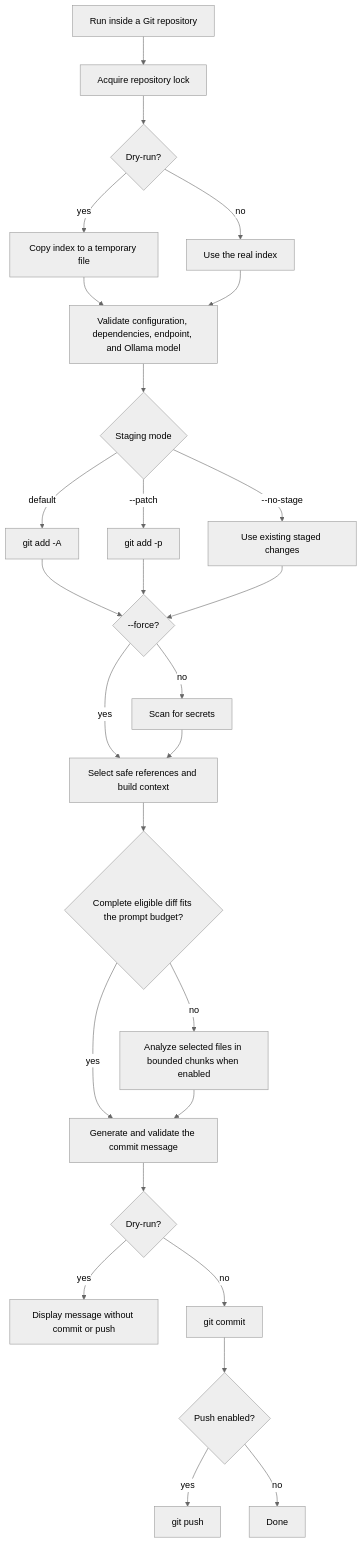
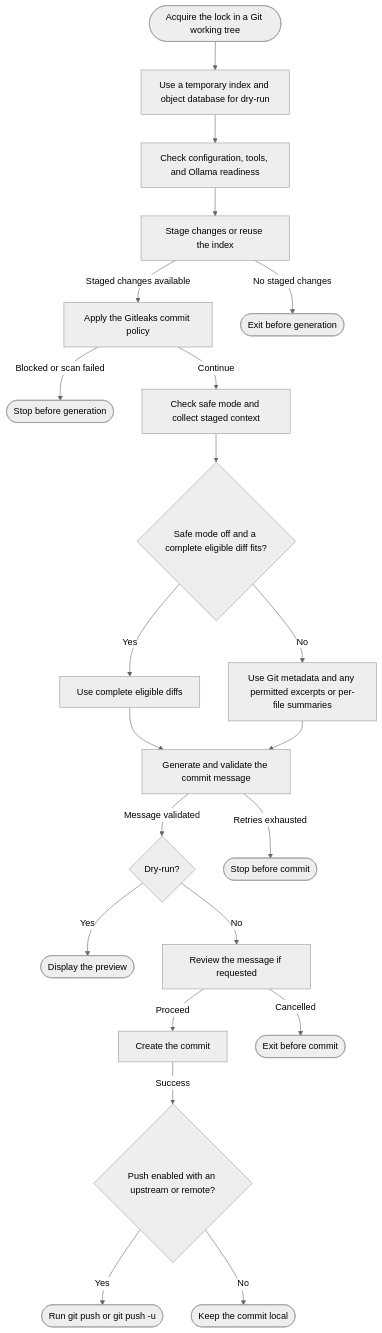
Before and after one commit to aibersemi/git-auto-commit-ollama: the diagram in README.md, drawn with Mermaid (neutral theme). The commit also changed other lines of this file and 20 other files, not shown here.

First line of the commit message:
feat: Implement dry-run mode and enhance commit generation logic

````diff
--- a/README.md
+++ b/README.md
@@ -70,29 +32,24 @@
 ```mermaid
 flowchart TD
-  A[Run inside a Git repository] --> B[Acquire repository lock]
-  B --> C{Dry-run?}
-  C -->|yes| D[Copy index to a temporary file]
-  C -->|no| E[Use the real index]
-  D --> F[Validate configuration, dependencies, endpoint, and Ollama model]
-  E --> F
-  F --> G{Staging mode}
-  G -->|default| H[git add -A]
-  G -->|--patch| I[git add -p]
-  G -->|--no-stage| J[Use existing staged changes]
-  H --> K{--force?}
-  I --> K
-  J --> K
-  K -->|yes| L[Select safe references and build context]
-  K -->|no| M[Scan for secrets]
-  M --> L
-  L --> U{Complete eligible diff fits the prompt budget?}
-  U -->|yes| N[Generate and validate the commit message]
-  U -->|no| V[Analyze selected files in bounded chunks when enabled]
-  V --> N
-  N --> O{Dry-run?}
-  O -->|yes| P[Display message without commit or push]
-  O -->|no| Q[git commit]
-  Q --> R{Push enabled?}
-  R -->|yes| S[git push]
-  R -->|no| T[Done]
+  start(["Acquire the lock in a Git working tree"]) --> prepare["Use a temporary index and object database for dry-run"]
+  prepare --> preflight["Check configuration, tools, and Ollama readiness"]
+  preflight --> stage["Stage changes or reuse the index"]
+  stage -->|Staged changes available| secretGuard["Apply the Gitleaks commit policy"]
+  stage -->|No staged changes| noChanges(["Exit before generation"])
+  secretGuard -->|Blocked or scan failed| scanStopped(["Stop before generation"])
+  secretGuard -->|Continue| context["Check safe mode and collect staged context"]
+  context --> fullDiff{"Safe mode off and a complete eligible diff fits?"}
+  fullDiff -->|Yes| complete["Use complete eligible diffs"]
+  fullDiff -->|No| fallback["Use Git metadata and any permitted excerpts or per-file summaries"]
+  complete --> generate["Generate and validate the commit message"]
+  fallback --> generate
+  generate -->|Message validated| preview{"Dry-run?"}
+  generate -->|Retries exhausted| generationFailed(["Stop before commit"])
+  preview -->|Yes| showMessage(["Display the preview"])
+  preview -->|No| review["Review the message if requested"]
+  review -->|Proceed| commit["Create the commit"]
+  review -->|Cancelled| cancelled(["Exit before commit"])
+  commit -->|Success| push{"Push enabled with an upstream or remote?"}
+  push -->|Yes| pushCommit(["Run git push or git push -u"])
+  push -->|No| localCommit(["Keep the commit local"])
 ```
````
